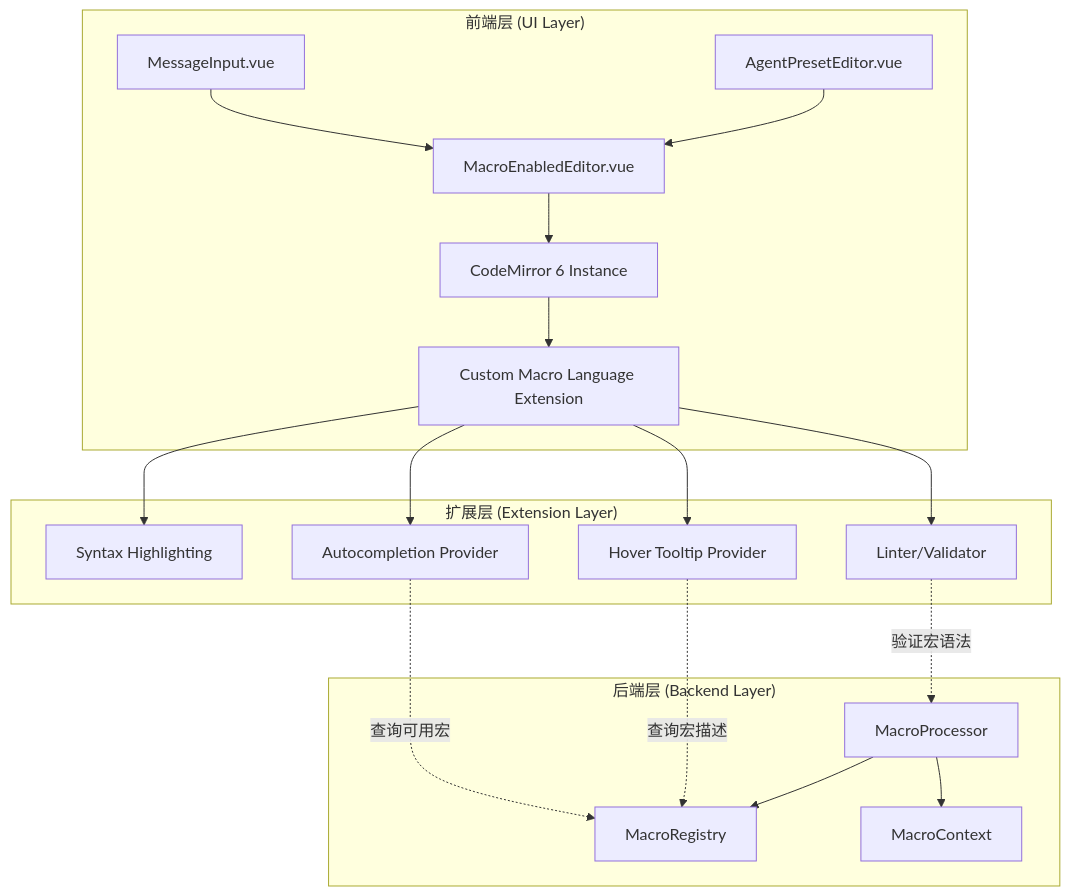
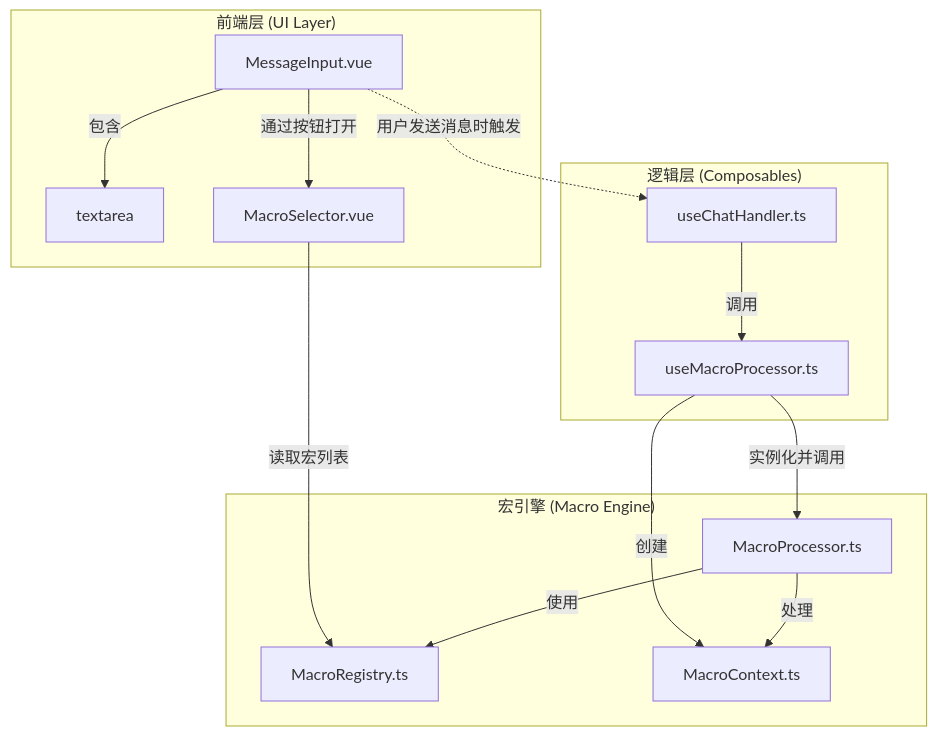
Before and after one commit to miaotouy/aio-hub: the diagram in src/tools/llm-chat/llm-chat-placeholder-feature.md, drawn with Mermaid. The commit also changed other lines of this file and 1 other file, not shown here.

First line of the commit message:
docs(llm-chat): 更新宏处理系统设计文档

````diff
--- a/src/tools/llm-chat/llm-chat-placeholder-feature.md
+++ b/src/tools/llm-chat/llm-chat-placeholder-feature.md
@@ -14,28 +18,27 @@
 ```mermaid
 graph TB
     subgraph "前端层 (UI Layer)"
-        A[MessageInput.vue] --> B[MacroEnabledEditor.vue]
-        C[AgentPresetEditor.vue] --> B
-        B --> D[CodeMirror 6 Instance]
-        D --> E[Custom Macro Language Extension]
+        A[MessageInput.vue]
+        B[textarea]
+        C[MacroSelector.vue]
+        A -- "包含" --> B
+        A -- "通过按钮打开" --> C
     end
 
-    subgraph "扩展层 (Extension Layer)"
-        E --> F[Syntax Highlighting]
-        E --> G[Autocompletion Provider]
-        E --> H[Hover Tooltip Provider]
-        E --> I[Linter/Validator]
+    subgraph "逻辑层 (Composables)"
+        D[useChatHandler.ts] -- "调用" --> E[useMacroProcessor.ts]
+        A -.->|用户发送消息时触发| D
     end
 
-    subgraph "后端层 (Backend Layer)"
-        J[MacroProcessor]
-        K[MacroRegistry]
-        L[MacroContext]
-        J --> K
-        J --> L
+    subgraph "宏引擎 (Macro Engine)"
+        F[MacroProcessor.ts]
+        G[MacroRegistry.ts]
+        H[MacroContext.ts]
+        F -- "使用" --> G
+        F -- "处理" --> H
     end
 
-    G -.->|查询可用宏| K
-    H -.->|查询宏描述| K
-    I -.->|验证宏语法| J
+    E -- "创建" --> H
+    E -- "实例化并调用" --> F
+    C -- "读取宏列表" --> G
 ```
````
